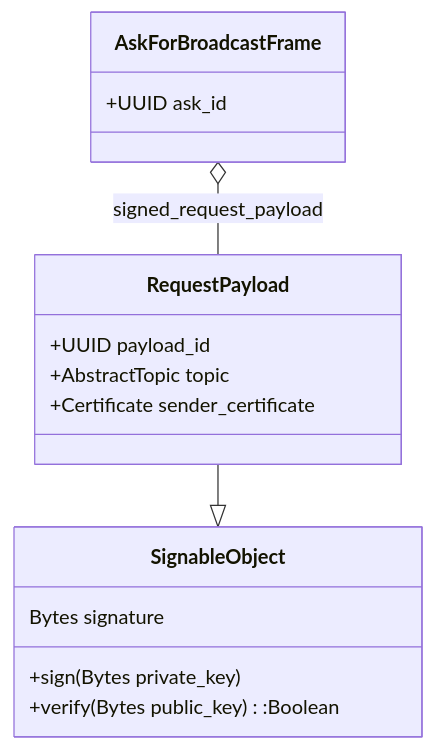
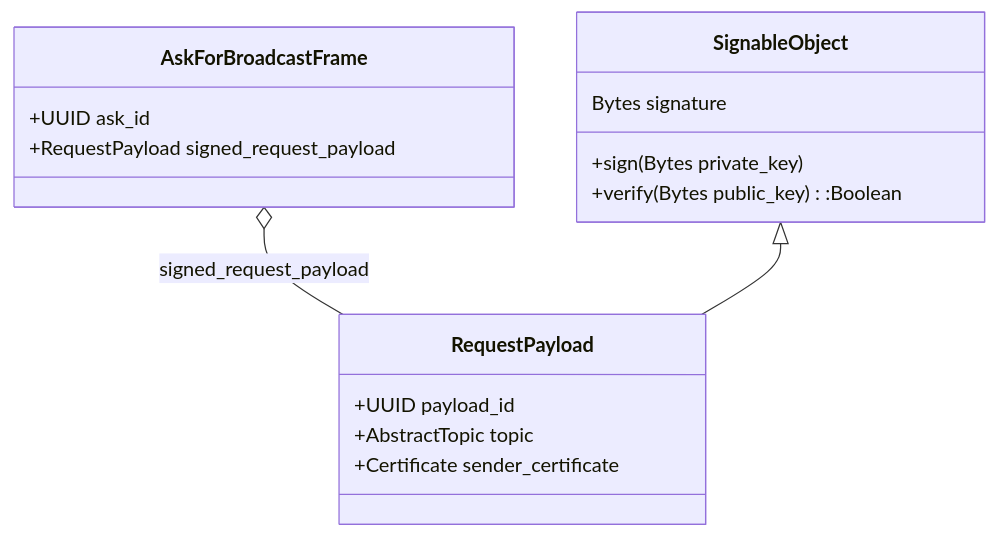
The third of 9 diagrams in whitepaper/protocol.md (DontTrustVerifyOrg/gig-gossip), drawn with Mermaid before and after one commit. The commit also changed other lines of this file and 1 other file, not shown here.

````diff
--- a/whitepaper/protocol.md
+++ b/whitepaper/protocol.md
@@ -124,18 +132,19 @@
 ```mermaid
 classDiagram
     class SignableObject{
         Bytes signature
         +sign(Bytes private_key)
         +verify(Bytes public_key):Boolean
     }
     class RequestPayload{
         +UUID payload_id
         +AbstractTopic topic
         +Certificate sender_certificate
     }
     class AskForBroadcastFrame{
         +UUID ask_id
+        +RequestPayload signed_request_payload
     }
     AskForBroadcastFrame  o--  RequestPayload : signed_request_payload
-    RequestPayload --|>SignableObject
+    SignableObject <|-- RequestPayload
 ```
````
